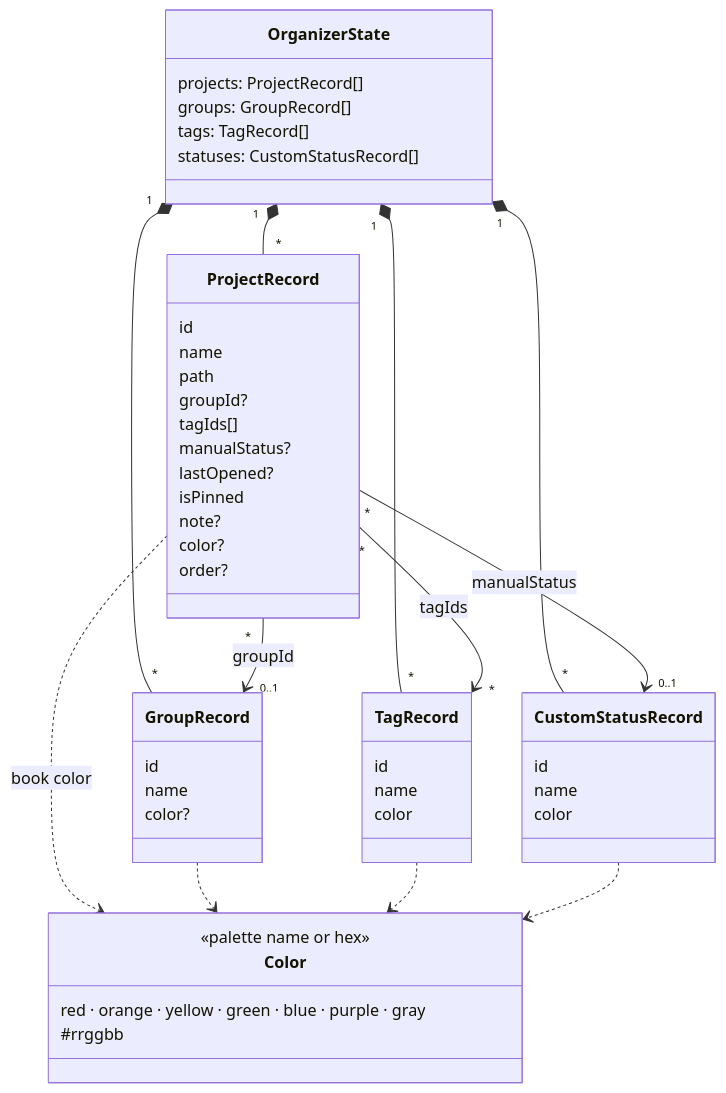
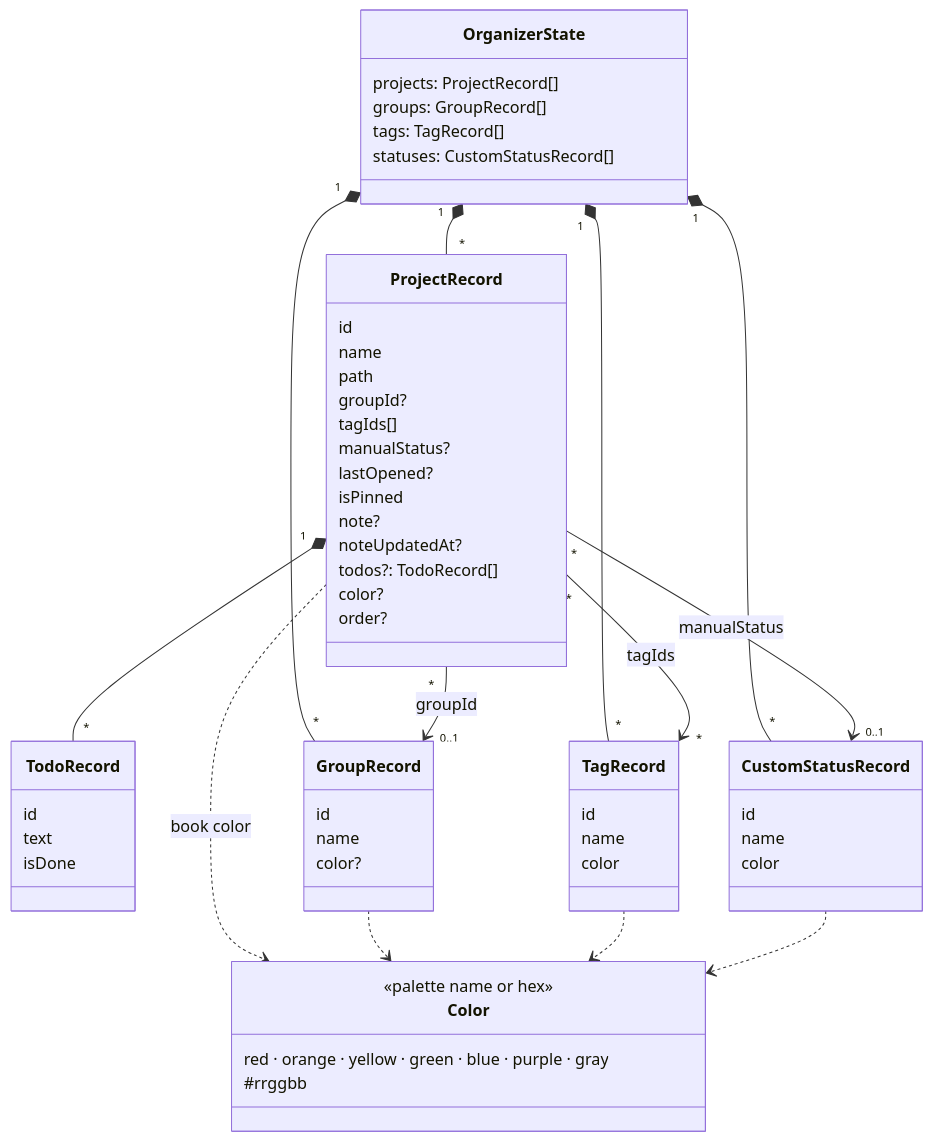
Before and after one commit to kyell182/vs-code-project-organiser: the second of 6 diagrams in docs/ARCHITECTURE.md, drawn with Mermaid. The commit also changed other lines of this file and 3 other files, not shown here.

````diff
--- a/docs/ARCHITECTURE.md
+++ b/docs/ARCHITECTURE.md
@@ -89,54 +91,62 @@
 ```mermaid
 classDiagram
     class OrganizerState {
         projects: ProjectRecord[]
         groups: GroupRecord[]
         tags: TagRecord[]
         statuses: CustomStatusRecord[]
     }
     class ProjectRecord {
         id
         name
         path
         groupId?
         tagIds[]
         manualStatus?
         lastOpened?
         isPinned
         note?
+        noteUpdatedAt?
+        todos?: TodoRecord[]
         color?
         order?
+    }
+    class TodoRecord {
+        id
+        text
+        isDone
     }
     class GroupRecord {
         id
         name
         color?
     }
     class TagRecord {
         id
         name
         color
     }
     class CustomStatusRecord {
         id
         name
         color
     }
     class Color {
         <<palette name or hex>>
         red · orange · yellow · green · blue · purple · gray
         #rrggbb
     }
 
     OrganizerState "1" *-- "*" ProjectRecord
     OrganizerState "1" *-- "*" GroupRecord
     OrganizerState "1" *-- "*" TagRecord
     OrganizerState "1" *-- "*" CustomStatusRecord
     ProjectRecord "*" --> "0..1" GroupRecord : groupId
     ProjectRecord "*" --> "*" TagRecord : tagIds
     ProjectRecord "*" --> "0..1" CustomStatusRecord : manualStatus
     ProjectRecord ..> Color : book color
+    ProjectRecord "1" *-- "*" TodoRecord
     GroupRecord ..> Color
     TagRecord ..> Color
     CustomStatusRecord ..> Color
 ```
````
